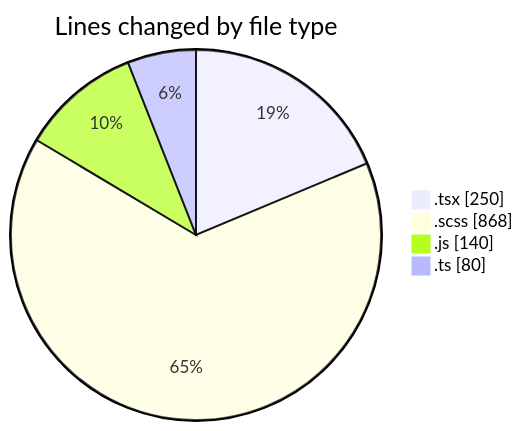
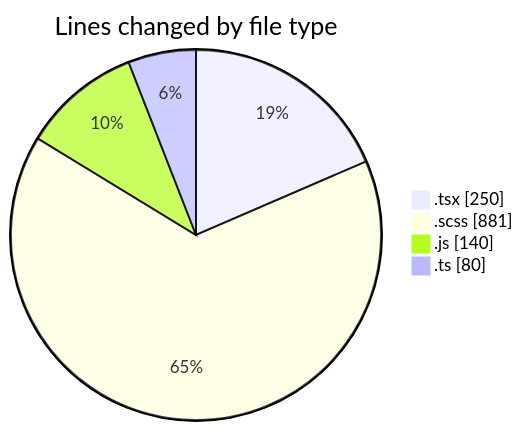
One commit to momahboobian/code-tracking changed the first of 2 diagrams in 2026-03-25/cda/README.md. Above: the diagram before and after it, drawn with Mermaid. The commit also changed other lines of this file and 1 other file, not shown here.

````diff
--- a/2026-03-25/cda/README.md
+++ b/2026-03-25/cda/README.md
@@ -23,8 +23,8 @@
 ```mermaid
 pie showData
 title Lines changed by file type
 ".tsx" : 250
-".scss" : 868
+".scss" : 881
 ".js" : 140
 ".ts" : 80
 ```
````
